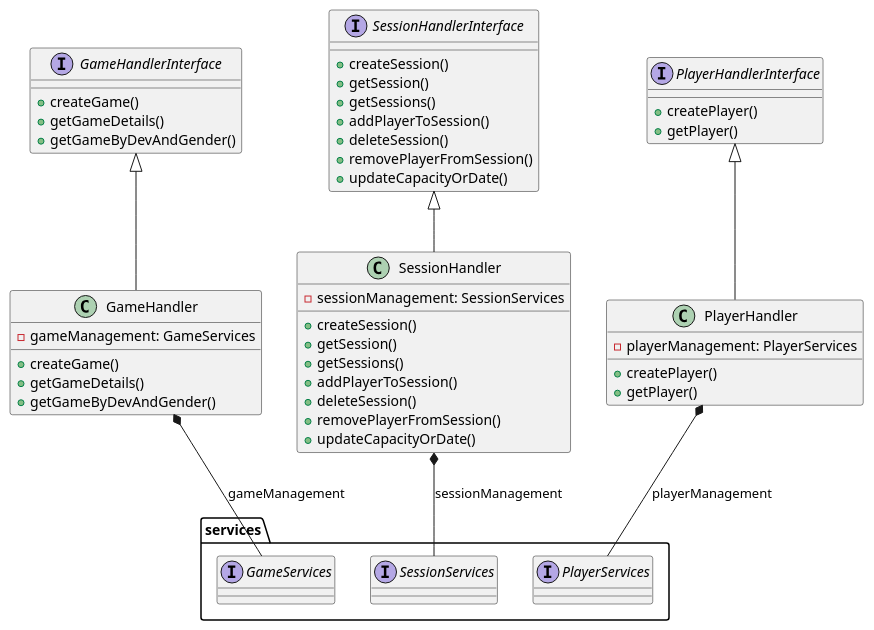
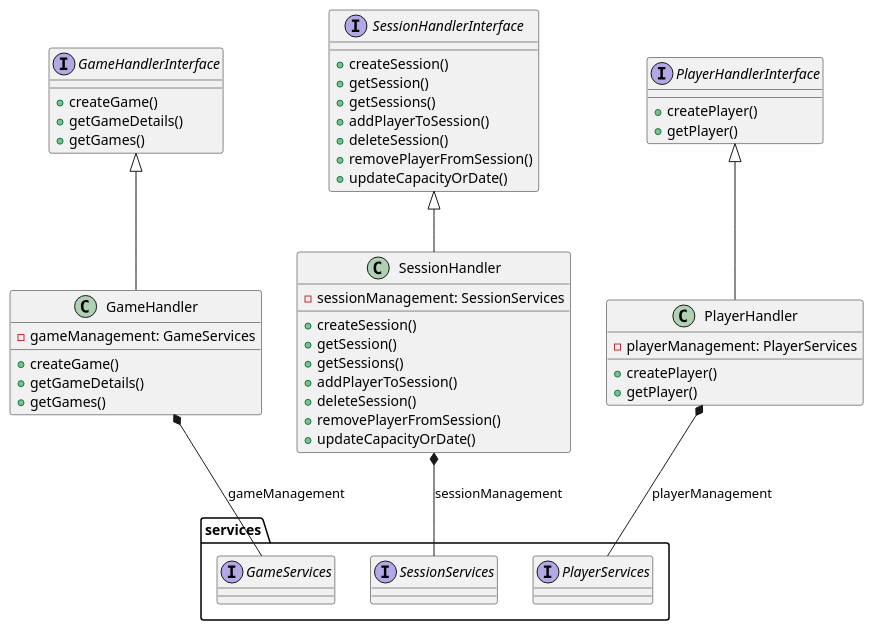
One commit to Thuzys/Session_Control changed the diagram in phase3/src/main/kotlin/pt/isel/ls/webApi/WebApiDiagram.puml. Above: the diagram before and after it, drawn with PlantUML. The commit also changed 11 other files, not shown here.

```diff
--- a/phase3/src/main/kotlin/pt/isel/ls/webApi/WebApiDiagram.puml
+++ b/phase3/src/main/kotlin/pt/isel/ls/webApi/WebApiDiagram.puml
@@ -1,63 +1,63 @@
 @startuml
 'https://plantuml.com/sequence-diagram
 
 Interface GameHandlerInterface {
     +createGame()
     +getGameDetails()
-    +getGameByDevAndGender()
+    +getGames()
 }
 
 Interface SessionHandlerInterface {
     + createSession()
     + getSession()
     + getSessions()
     + addPlayerToSession()
     + deleteSession()
     + removePlayerFromSession()
     + updateCapacityOrDate()
 }
 
 Interface PlayerHandlerInterface {
     +createPlayer()
     +getPlayer()
 }
 
 class GameHandler {
     +createGame()
     +getGameDetails()
-    +getGameByDevAndGender()
+    +getGames()
     - gameManagement: GameServices
 }
 
 class SessionHandler {
     +createSession()
     +getSession()
     +getSessions()
     +addPlayerToSession()
     +deleteSession()
     +removePlayerFromSession()
     +updateCapacityOrDate()
     - sessionManagement: SessionServices
 }
 
 class PlayerHandler {
     +createPlayer()
     +getPlayer()
     - playerManagement: PlayerServices
 }
 
 package services {
     Interface GameServices
     Interface SessionServices
     Interface PlayerServices
 }
 
 GameHandlerInterface <|-- GameHandler
 SessionHandlerInterface <|-- SessionHandler
 PlayerHandlerInterface <|-- PlayerHandler
 
 GameHandler *-- services.GameServices : gameManagement
 SessionHandler *-- services.SessionServices : sessionManagement
 PlayerHandler *-- services.PlayerServices : playerManagement
 
 @enduml
```
